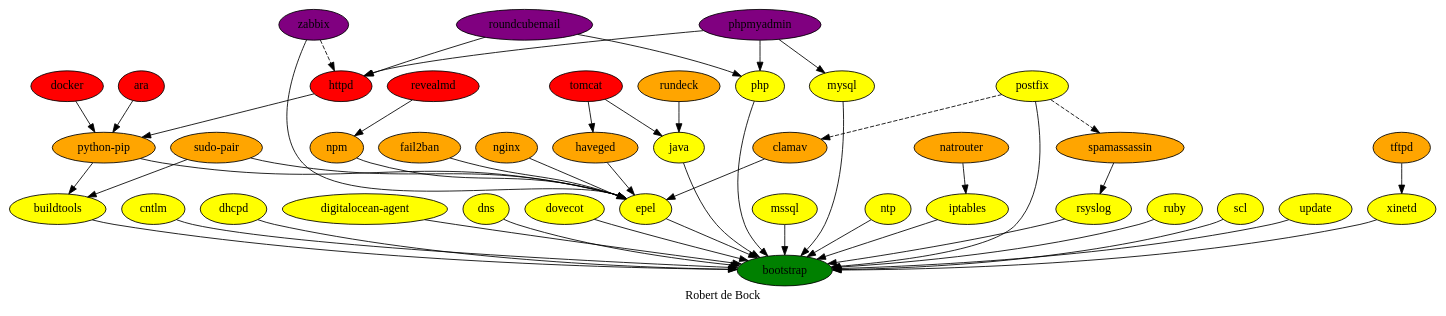
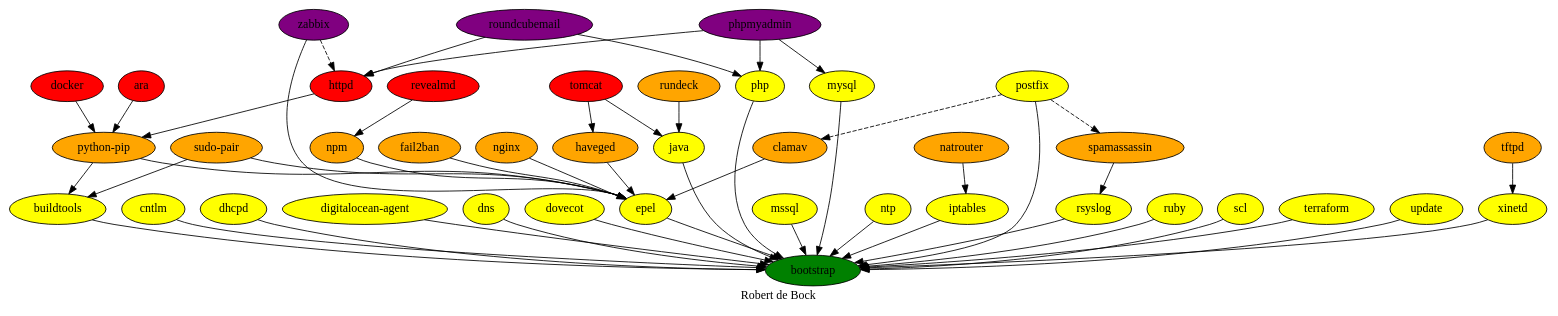
Before and after one commit to robertdebock/robertdebock.github.io: the diagram in dependencies.dot, drawn with Graphviz. The commit also changed 3 other files, not shown here.

```diff
--- a/dependencies.dot
+++ b/dependencies.dot
@@ -1,58 +1,59 @@
 digraph hierarchy {
   label = "Robert de Bock" ;
   {
     ara [fillcolor=red style=filled]
     bootstrap [fillcolor=green style=filled]
     buildtools [fillcolor=yellow style=filled]
     clamav [fillcolor=orange style=filled]
     cntlm [fillcolor=yellow style=filled]
     dhcpd [fillcolor=yellow style=filled]
     "digitalocean-agent" [fillcolor=yellow style=filled]
     dns [fillcolor=yellow style=filled]
     docker [fillcolor=red style=filled]
     dovecot [fillcolor=yellow style=filled]
     epel [fillcolor=yellow style=filled]
     fail2ban [fillcolor=orange style=filled]
     haveged [fillcolor=orange style=filled]
     httpd [fillcolor=red style=filled]
     iptables [fillcolor=yellow style=filled]
     java [fillcolor=yellow style=filled]
     mssql [fillcolor=yellow style=filled]
     mysql [fillcolor=yellow style=filled]
     natrouter [fillcolor=orange style=filled]
     nginx [fillcolor=orange style=filled]
     npm [fillcolor=orange style=filled]
     ntp [fillcolor=yellow style=filled]
     php [fillcolor=yellow style=filled]
     phpmyadmin [fillcolor=purple style=filled]
     postfix [fillcolor=yellow style=filled]
     "python-pip" [fillcolor=orange style=filled]
     revealmd [fillcolor=red style=filled]
     roundcubemail [fillcolor=purple style=filled]
     rsyslog [fillcolor=yellow style=filled]
     ruby [fillcolor=yellow style=filled]
     rundeck [fillcolor=orange style=filled]
     scl [fillcolor=yellow style=filled]
     spamassassin [fillcolor=orange style=filled]
     "sudo-pair" [fillcolor=orange style=filled]
+    terraform [fillcolor=yellow style=filled]
     tftpd [fillcolor=orange style=filled]
     tomcat [fillcolor=red style=filled]
     update [fillcolor=yellow style=filled]
     xinetd [fillcolor=yellow style=filled]
     zabbix [fillcolor=purple style=filled]
   }
-  {buildtools cntlm dhcpd "digitalocean-agent" dns dovecot epel iptables java mysql mssql ntp php postfix rsyslog ruby scl update xinetd} -> bootstrap
+  {buildtools cntlm dhcpd "digitalocean-agent" dns dovecot epel iptables java mysql mssql ntp php postfix rsyslog ruby scl terraform update xinetd} -> bootstrap
   {clamav fail2ban haveged nginx npm "python-pip" "sudo-pair" zabbix} -> epel
   postfix -> {spamassassin clamav} [style=dashed]
   {ara docker httpd} -> "python-pip"
   revealmd -> npm
   natrouter -> iptables
   tftpd -> xinetd 
   phpmyadmin -> {php httpd mysql}
   roundcubemail -> {php httpd}
   zabbix -> httpd [style=dashed]
   {"python-pip" "sudo-pair"} -> {buildtools}
   {rundeck tomcat} -> java
   tomcat -> haveged
   spamassassin -> rsyslog
 }
```
